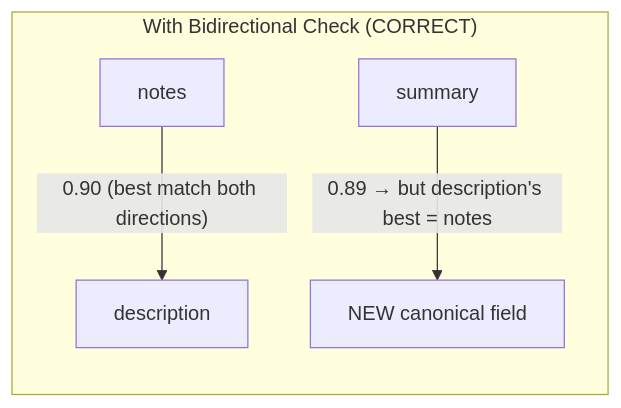
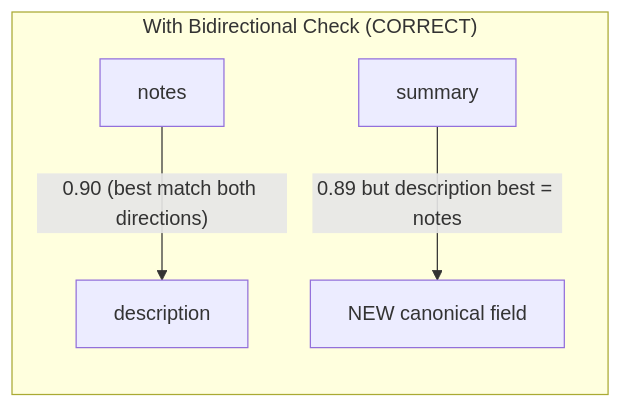
The third of 6 diagrams in public/docs/corporate/patent_schema_canonical_service.md (EdgeVector/edgevector-website), drawn with Mermaid before and after one commit. The commit also changed other lines of this file and 5 other files, not shown here.

First line of the commit message:
fix: render mermaid diagrams in patent PDFs and clean mermaid syntax

````diff
--- a/public/docs/corporate/patent_schema_canonical_service.md
+++ b/public/docs/corporate/patent_schema_canonical_service.md
@@ -177,7 +177,7 @@
 ```mermaid
 graph LR
     subgraph With["With Bidirectional Check (CORRECT)"]
         notes2["notes"] -->|"0.90 (best match both directions)"| desc2["description"]
-        summary2["summary"] -->|"0.89 → but description's best = notes"| new2["NEW canonical field"]
+        summary2["summary"] -->|"0.89 but description best = notes"| new2["NEW canonical field"]
     end
 ```
````
